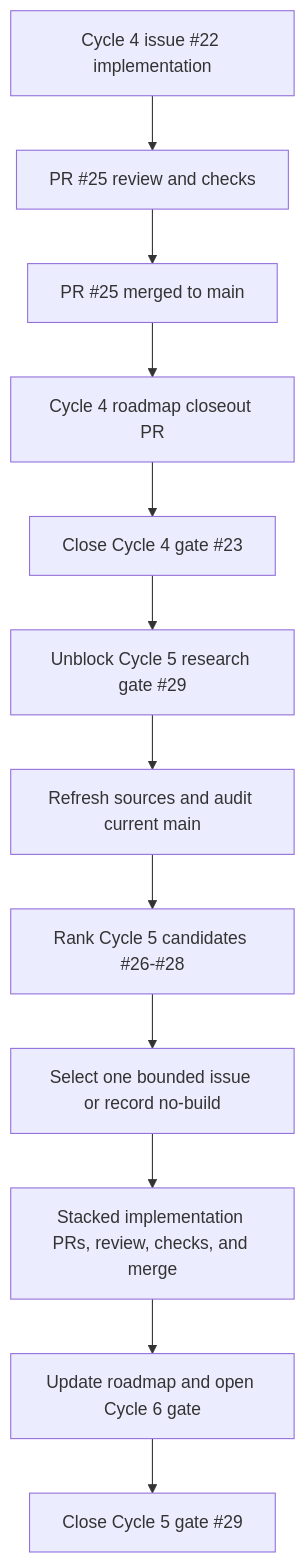
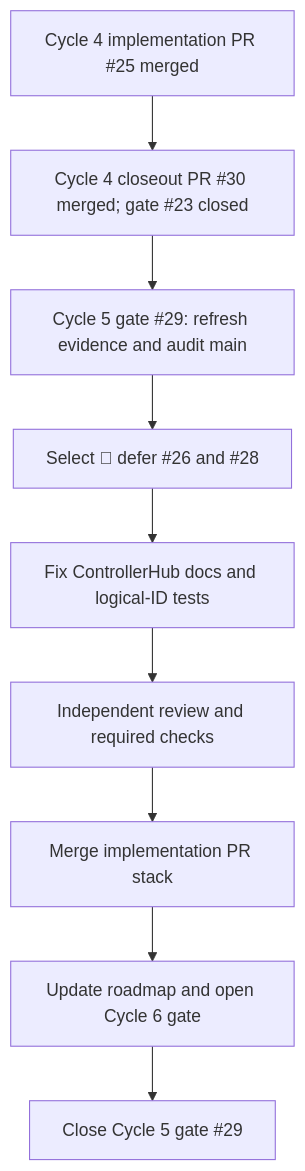
The first of 4 diagrams in docs/roadmap/ai-gaming-opportunities.md (SYMBaiEX/OpenController), drawn with Mermaid before and after one commit. The commit also changed other lines of this file, not shown here.

Commit message:
docs: record Cycle 5 research decision

````diff
--- a/docs/roadmap/ai-gaming-opportunities.md
+++ b/docs/roadmap/ai-gaming-opportunities.md
@@ -161,14 +161,11 @@
 ```mermaid
 flowchart TD
-  A[Cycle 4 issue #22 implementation] --> B[PR #25 review and checks]
-  B --> C[PR #25 merged to main]
-  C --> D[Cycle 4 roadmap closeout PR]
-  D --> E[Close Cycle 4 gate #23]
-  E --> F[Unblock Cycle 5 research gate #29]
-  F --> G[Refresh sources and audit current main]
-  G --> H[Rank Cycle 5 candidates #26-#28]
-  H --> I[Select one bounded issue or record no-build]
-  I --> J[Stacked implementation PRs, review, checks, and merge]
-  J --> K[Update roadmap and open Cycle 6 gate]
-  K --> L[Close Cycle 5 gate #29]
+  A[Cycle 4 implementation PR #25 merged] --> B[Cycle 4 closeout PR #30 merged; gate #23 closed]
+  B --> C[Cycle 5 gate #29: refresh evidence and audit main]
+  C --> D[Select #27; defer #26 and #28]
+  D --> E[Fix ControllerHub docs and logical-ID tests]
+  E --> F[Independent review and required checks]
+  F --> G[Merge implementation PR stack]
+  G --> H[Update roadmap and open Cycle 6 gate]
+  H --> I[Close Cycle 5 gate #29]
 ```
````
